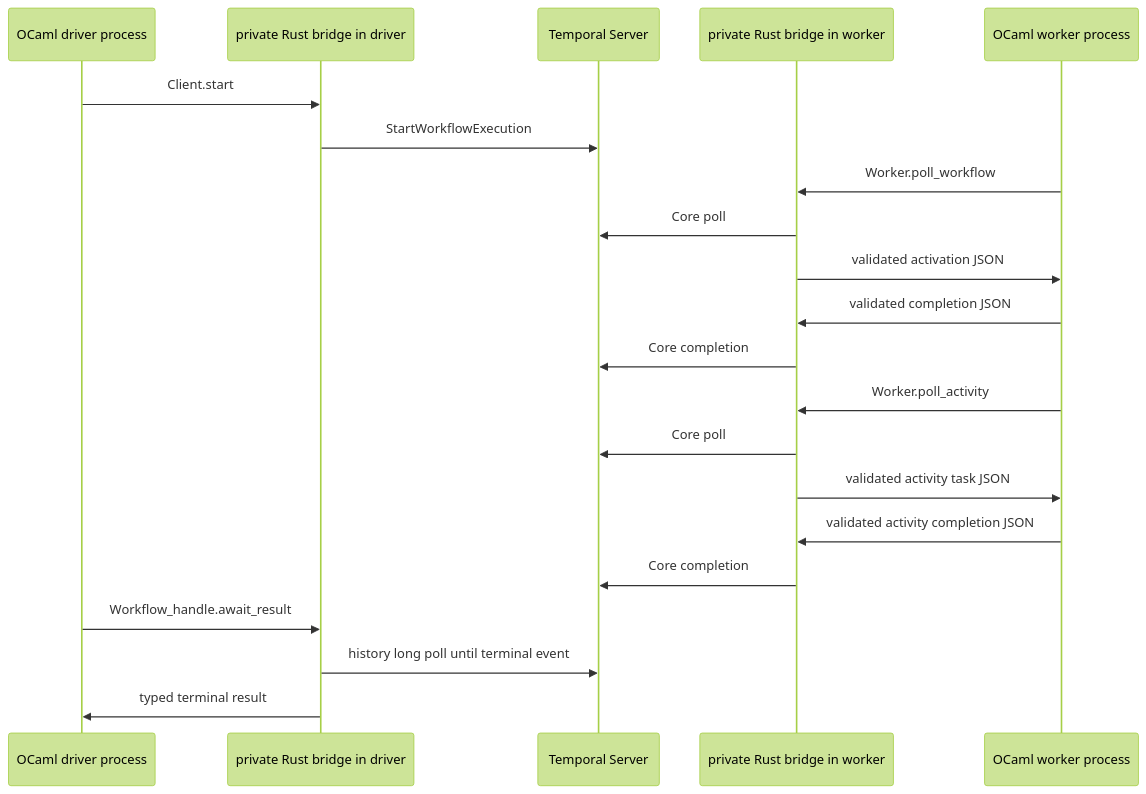
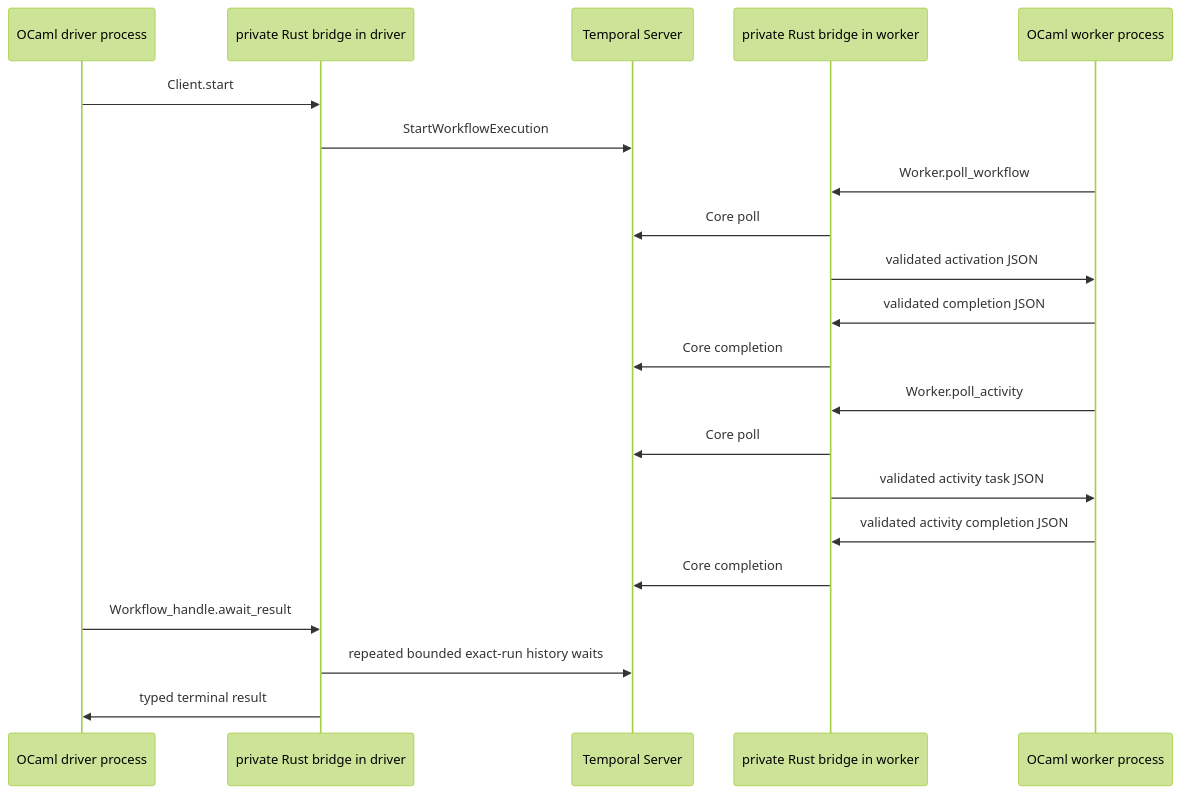
The diagram in docs/reference/two-ocaml-binary-e2e-acceptance.md (mfow/ocaml-temporal), drawn with Mermaid (forest theme) before and after one commit. The commit also changed other lines of this file and 6 other files, not shown here.

Commit message:
Bound exact-run client waits

````diff
--- a/docs/reference/two-ocaml-binary-e2e-acceptance.md
+++ b/docs/reference/two-ocaml-binary-e2e-acceptance.md
@@ -53,24 +53,24 @@
 ```mermaid
 sequenceDiagram
     participant D as OCaml driver process
     participant R1 as private Rust bridge in driver
     participant S as Temporal Server
     participant R2 as private Rust bridge in worker
     participant W as OCaml worker process
 
     D->>R1: Client.start
     R1->>S: StartWorkflowExecution
     W->>R2: Worker.poll_workflow
     R2->>S: Core poll
     R2->>W: validated activation JSON
     W->>R2: validated completion JSON
     R2->>S: Core completion
     W->>R2: Worker.poll_activity
     R2->>S: Core poll
     R2->>W: validated activity task JSON
     W->>R2: validated activity completion JSON
     R2->>S: Core completion
     D->>R1: Workflow_handle.await_result
-    R1->>S: history long poll until terminal event
+    R1->>S: repeated bounded exact-run history waits
     R1->>D: typed terminal result
 ```
````
